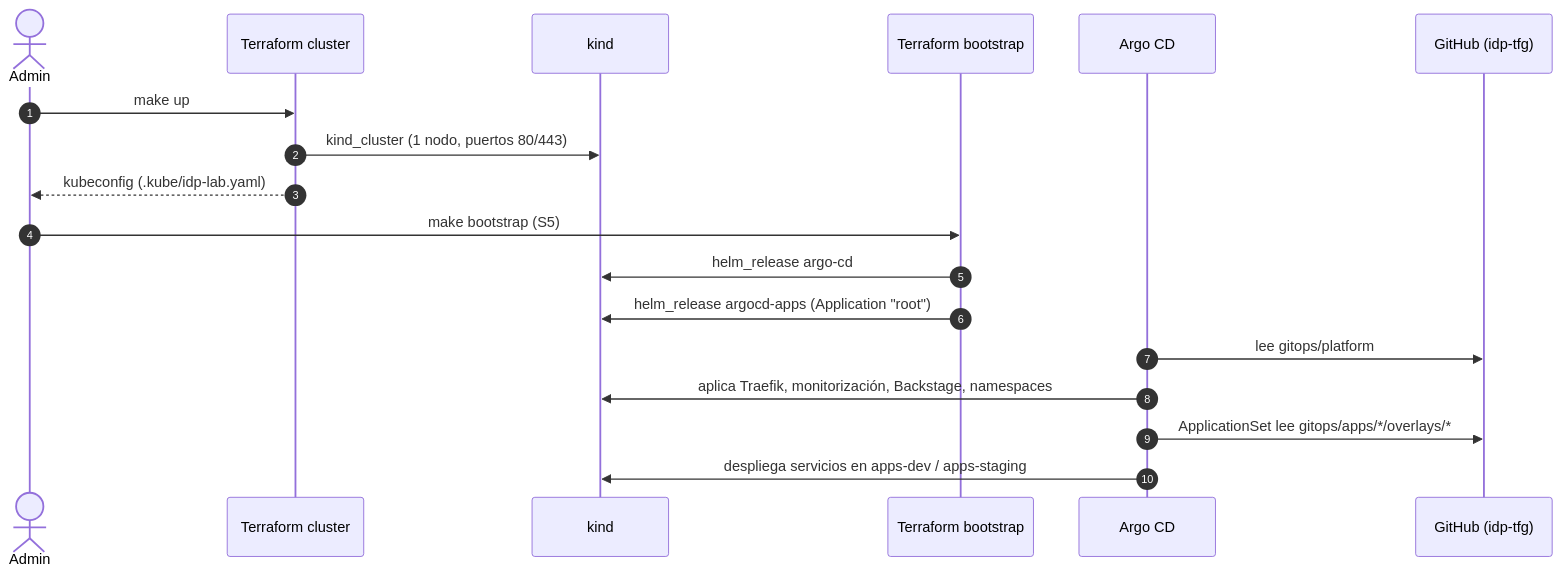
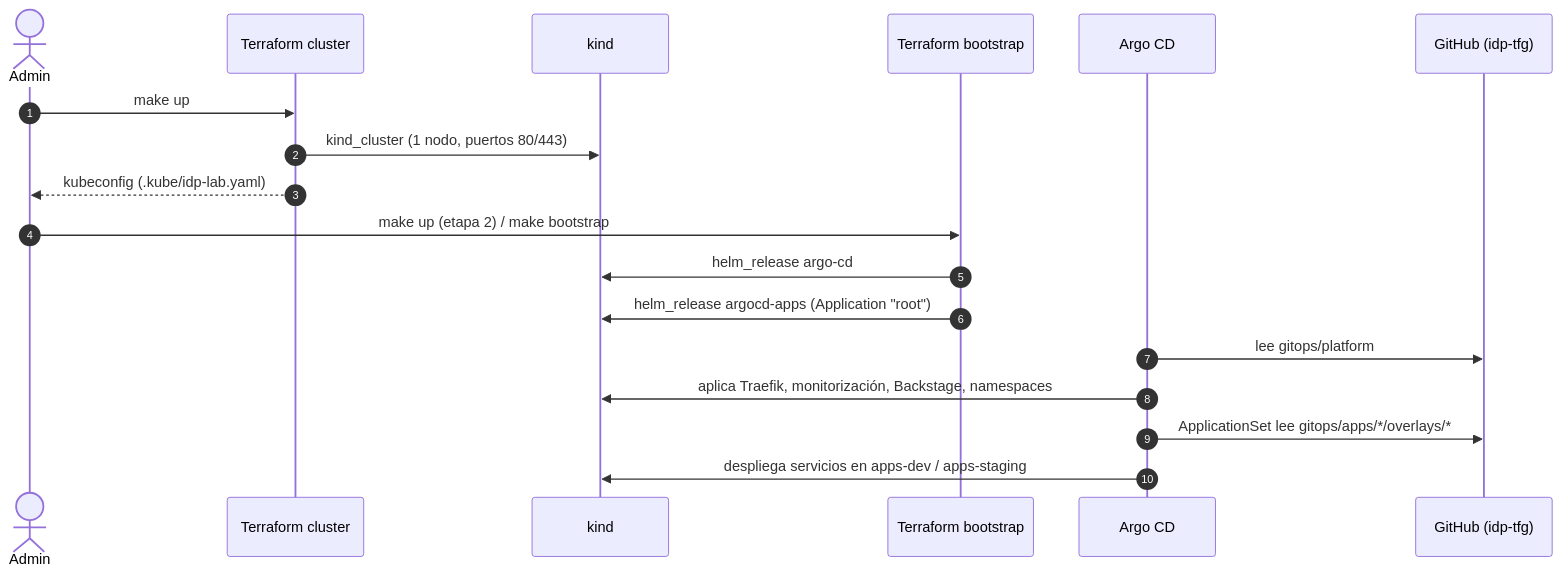
Before and after one commit to pablomartinvelasco/idp-tfg: the second of 3 diagrams in docs/arquitectura.md, drawn with Mermaid. The commit also changed other lines of this file and 7 other files, not shown here.

````diff
--- a/docs/arquitectura.md
+++ b/docs/arquitectura.md
@@ -107,21 +107,21 @@
 ```mermaid
 sequenceDiagram
   autonumber
   actor A as Admin
   participant TFc as Terraform cluster
   participant K as kind
   participant TFb as Terraform bootstrap
   participant ACD as Argo CD
   participant G as GitHub (idp-tfg)
 
   A->>TFc: make up
   TFc->>K: kind_cluster (1 nodo, puertos 80/443)
   TFc-->>A: kubeconfig (.kube/idp-lab.yaml)
-  A->>TFb: make bootstrap (S5)
+  A->>TFb: make up (etapa 2) / make bootstrap
   TFb->>K: helm_release argo-cd
   TFb->>K: helm_release argocd-apps (Application "root")
   ACD->>G: lee gitops/platform
   ACD->>K: aplica Traefik, monitorización, Backstage, namespaces
   ACD->>G: ApplicationSet lee gitops/apps/*/overlays/*
   ACD->>K: despliega servicios en apps-dev / apps-staging
 ```
````
